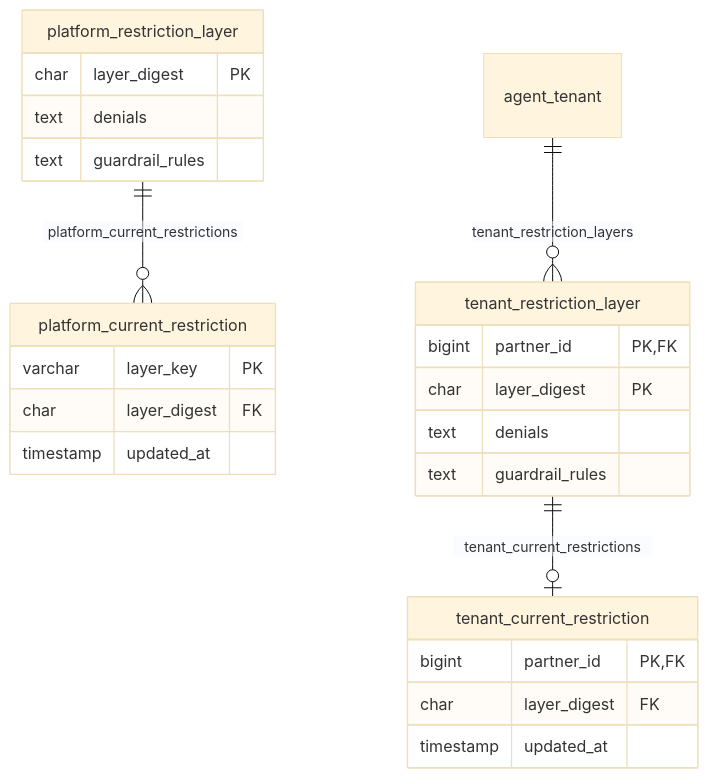
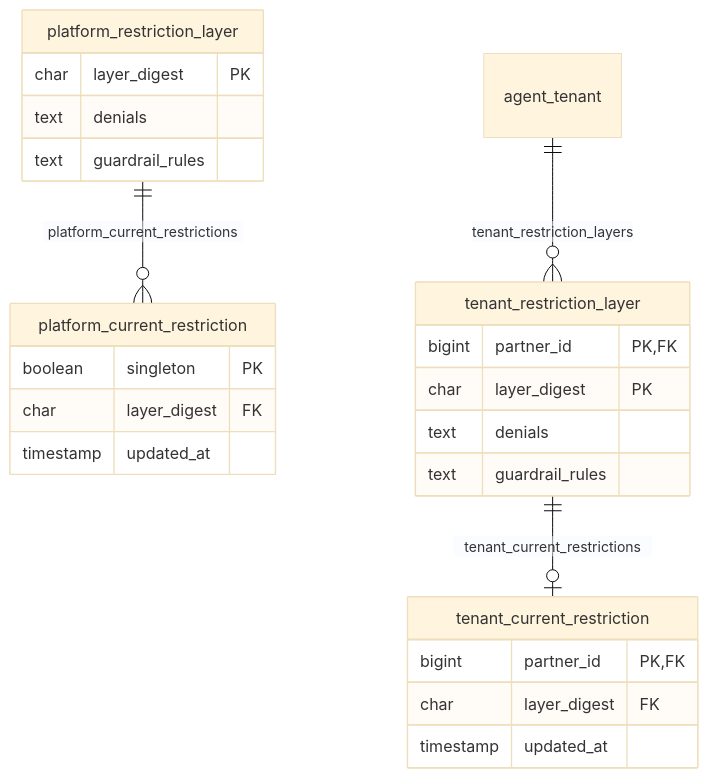
Before and after one commit to nauticana/scout: diagram 11 of 24 in doc/database.md, drawn with Mermaid (base theme). The commit also changed other lines of this file and 24 other files, not shown here.

````diff
--- a/doc/database.md
+++ b/doc/database.md
@@ -1259,28 +1259,28 @@
 ```mermaid
 erDiagram
     platform_restriction_layer ||--o{ platform_current_restriction : platform_current_restrictions
     agent_tenant ||--o{ tenant_restriction_layer : tenant_restriction_layers
     tenant_restriction_layer ||--o| tenant_current_restriction : tenant_current_restrictions
 
     platform_restriction_layer {
         char layer_digest PK
         text denials
         text guardrail_rules
     }
     platform_current_restriction {
-        varchar layer_key PK
+        boolean singleton PK
         char layer_digest FK
         timestamp updated_at
     }
     tenant_restriction_layer {
         bigint partner_id PK,FK
         char layer_digest PK
         text denials
         text guardrail_rules
     }
     tenant_current_restriction {
         bigint partner_id PK,FK
         char layer_digest FK
         timestamp updated_at
     }
 ```
````
